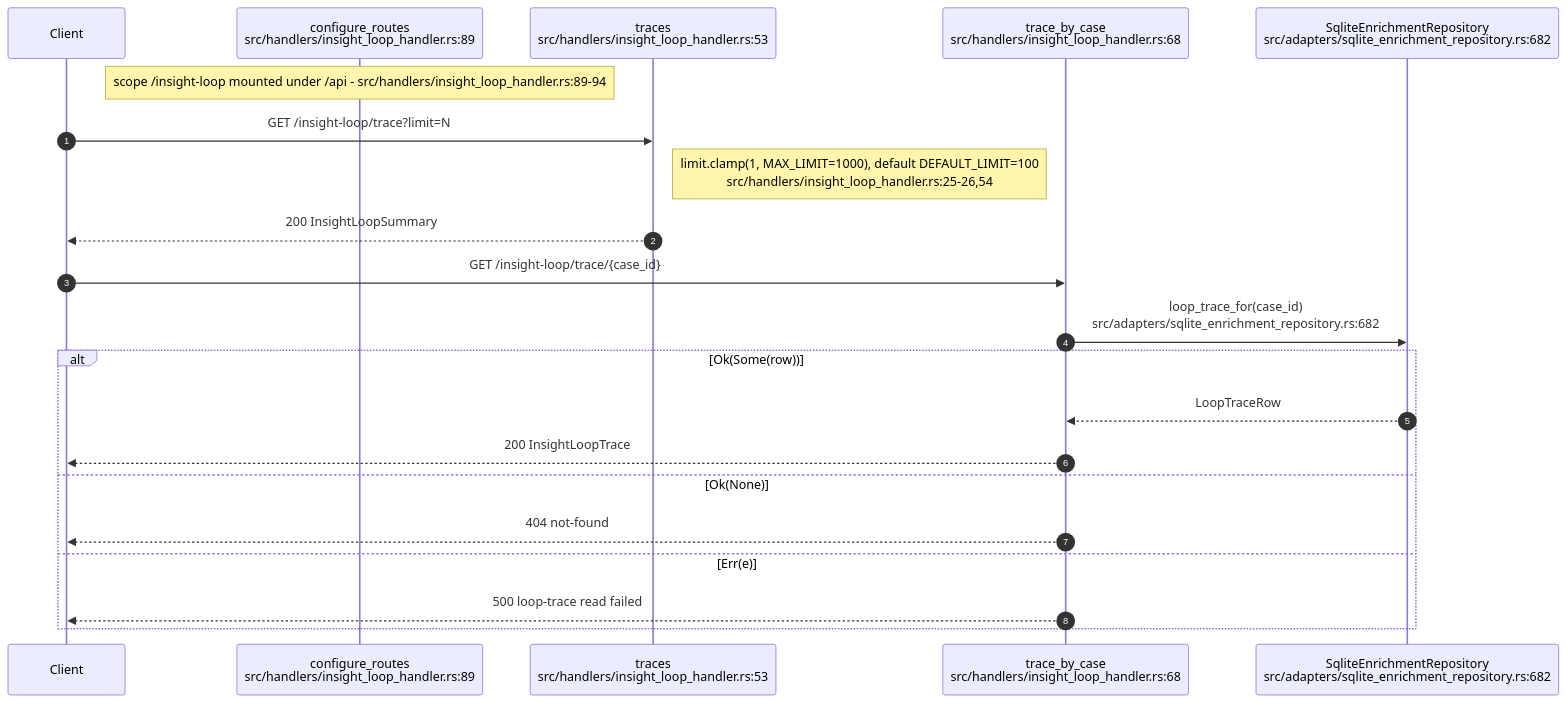
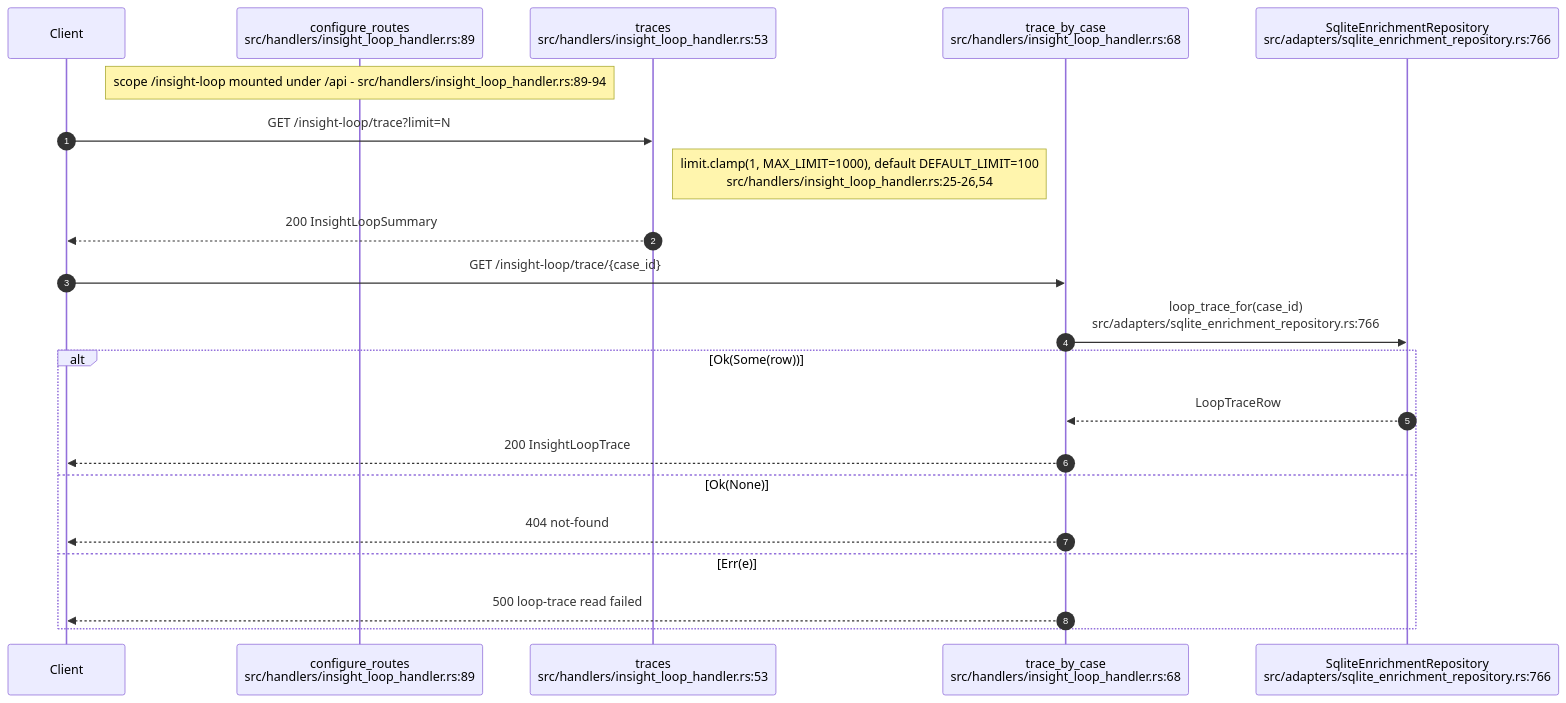
One commit to DreamLab-AI/VisionFlow changed the second of 13 diagrams in docs/diagrams/visionclaw/25-insight-kpi-nlq-semantics.md. Above: the diagram before and after it, drawn with Mermaid. The commit also changed other lines of this file and 51 other files, not shown here.

First line of the commit message:
docs(diagrams): agentbox AB-01..13 re-attested anchor by anchor (980 anchors, 22 defects); checkpoint against an out-of-mesh writer

````diff
--- a/docs/diagrams/visionclaw/25-insight-kpi-nlq-semantics.md
+++ b/docs/diagrams/visionclaw/25-insight-kpi-nlq-semantics.md
@@ -91,24 +91,24 @@
 ```mermaid
 sequenceDiagram
     autonumber
     participant C as Client
     participant Cfg as configure_routes<br/>src/handlers/insight_loop_handler.rs:89
     participant T as traces<br/>src/handlers/insight_loop_handler.rs:53
     participant TC as trace_by_case<br/>src/handlers/insight_loop_handler.rs:68
-    participant R as SqliteEnrichmentRepository<br/>src/adapters/sqlite_enrichment_repository.rs:682
+    participant R as SqliteEnrichmentRepository<br/>src/adapters/sqlite_enrichment_repository.rs:766
 
     Note over Cfg: scope /insight-loop mounted under /api - src/handlers/insight_loop_handler.rs:89-94
     C->>T: GET /insight-loop/trace?limit=N
     Note right of T: limit.clamp(1, MAX_LIMIT=1000), default DEFAULT_LIMIT=100<br/>src/handlers/insight_loop_handler.rs:25-26,54
     T-->>C: 200 InsightLoopSummary
     C->>TC: GET /insight-loop/trace/{case_id}
-    TC->>R: loop_trace_for(case_id)<br/>src/adapters/sqlite_enrichment_repository.rs:682
+    TC->>R: loop_trace_for(case_id)<br/>src/adapters/sqlite_enrichment_repository.rs:766
     alt Ok(Some(row))
         R-->>TC: LoopTraceRow
         TC-->>C: 200 InsightLoopTrace
     else Ok(None)
         TC-->>C: 404 not-found
     else Err(e)
         TC-->>C: 500 loop-trace read failed
     end
 ```
````
